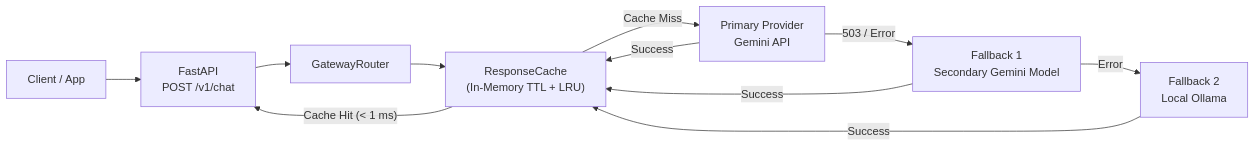
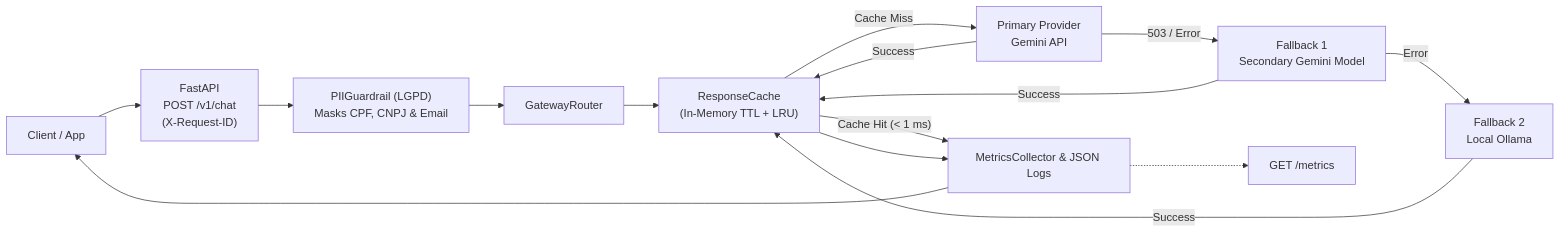
The diagram in README.md (vitorSanchess/mini-ai-gateway), drawn with Mermaid before and after one commit. The commit also changed other lines of this file and 10 other files, not shown here.

````diff
--- a/README.md
+++ b/README.md
@@ -7,13 +7,17 @@
 ```mermaid
 flowchart LR
-    Client["Client / App"] --> API["FastAPI\nPOST /v1/chat"]
-    API --> Router["GatewayRouter"]
+    Client["Client / App"] --> API["FastAPI\nPOST /v1/chat\n(X-Request-ID)"]
+    API --> PII["PIIGuardrail (LGPD)\nMasks CPF, CNPJ & Email"]
+    PII --> Router["GatewayRouter"]
     Router --> Cache["ResponseCache\n(In-Memory TTL + LRU)"]
-    Cache -- "Cache Hit (< 1 ms)" --> API
+    Cache -- "Cache Hit (< 1 ms)" --> Obs["MetricsCollector & JSON Logs"]
     Cache -- "Cache Miss" --> Primary["Primary Provider\nGemini API"]
     Primary -- "Success" --> Cache
     Primary -- "503 / Error" --> Fallback1["Fallback 1\nSecondary Gemini Model"]
     Fallback1 -- "Error" --> Fallback2["Fallback 2\nLocal Ollama"]
     Fallback1 -- "Success" --> Cache
     Fallback2 -- "Success" --> Cache
+    Cache --> Obs
+    Obs --> Client
+    Obs -.-> Metrics["GET /metrics"]
 ```
````
